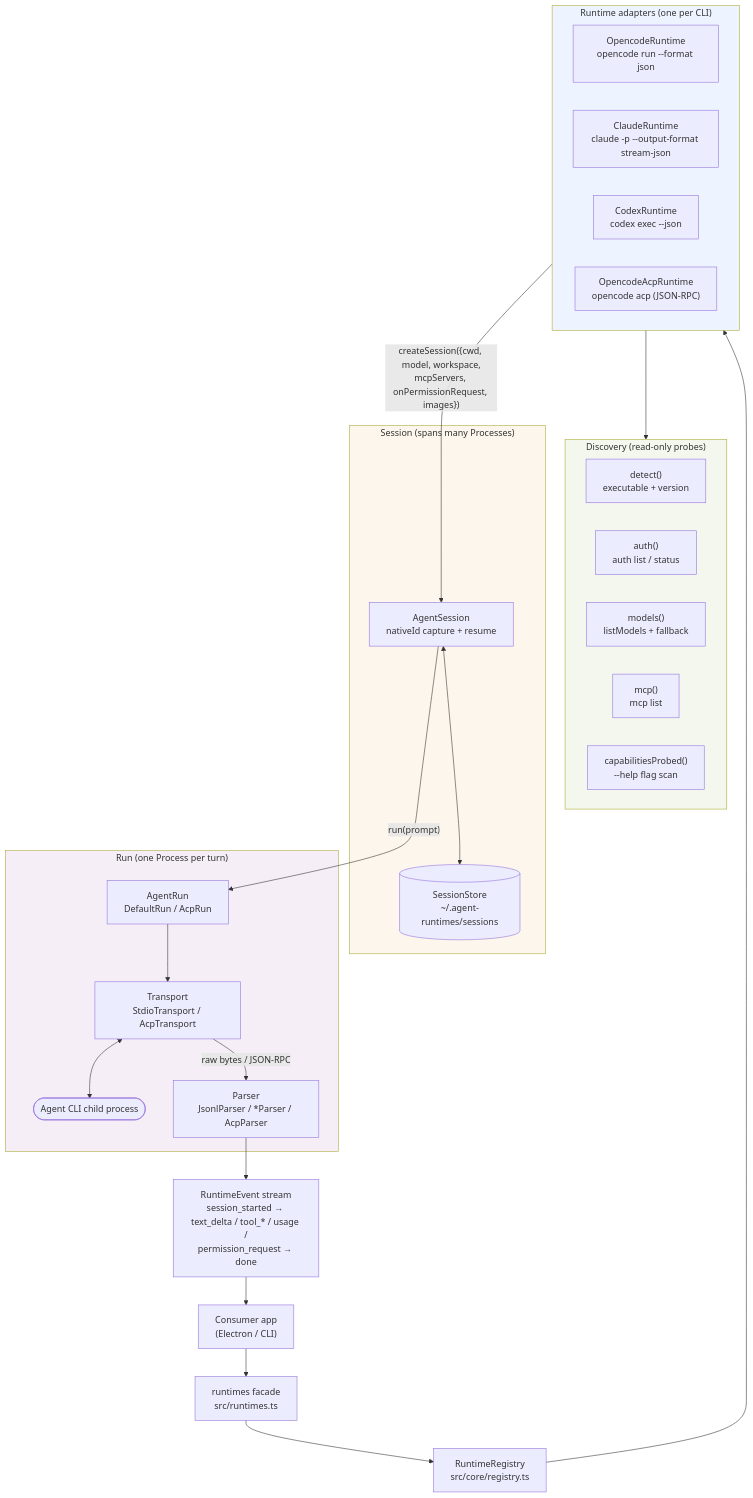
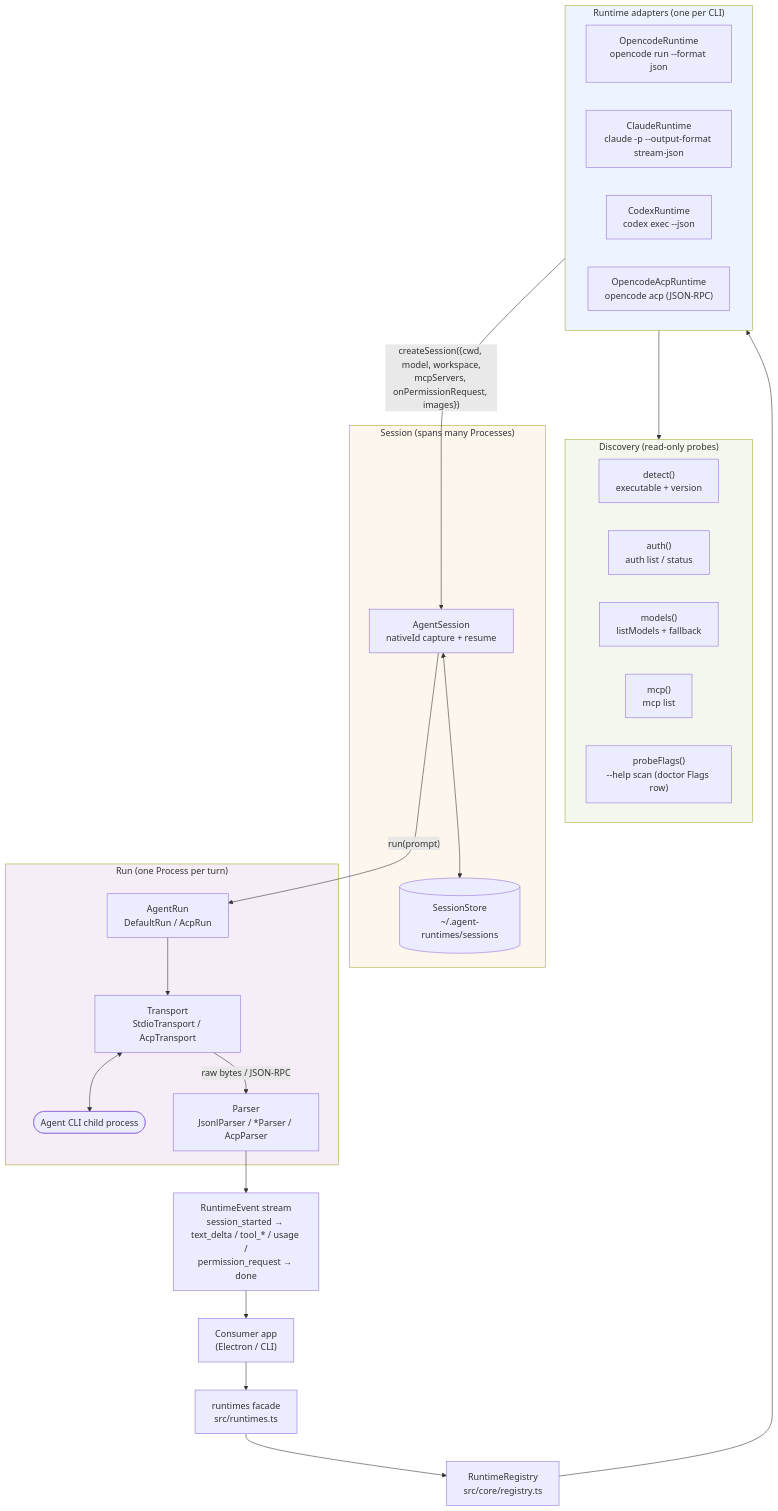
The diagram in docs/development.md (StratoSpheres-Labs/agent-runtimes), drawn with Mermaid before and after one commit. The commit also changed other lines of this file and 16 other files, not shown here.

````diff
--- a/docs/development.md
+++ b/docs/development.md
@@ -84,48 +85,48 @@
 ```mermaid
 flowchart TB
     App["Consumer app<br/>(Electron / CLI)"]
     Facade["runtimes facade<br/>src/runtimes.ts"]
     Registry["RuntimeRegistry<br/>src/core/registry.ts"]
 
     subgraph Runtimes["Runtime adapters (one per CLI)"]
         OC["OpencodeRuntime<br/>opencode run --format json"]
         CL["ClaudeRuntime<br/>claude -p --output-format stream-json"]
         CX["CodexRuntime<br/>codex exec --json"]
         ACP["OpencodeAcpRuntime<br/>opencode acp (JSON-RPC)"]
     end
 
     subgraph Discovery["Discovery (read-only probes)"]
         DET["detect()<br/>executable + version"]
         AUTH["auth()<br/>auth list / status"]
         MOD["models()<br/>listModels + fallback"]
         MCPD["mcp()<br/>mcp list"]
-        CAP["capabilitiesProbed()<br/>--help flag scan"]
+        CAP["probeFlags()<br/>--help scan (doctor Flags row)"]
     end
 
     subgraph SessionLayer["Session (spans many Processes)"]
         SES["AgentSession<br/>nativeId capture + resume"]
         STORE[("SessionStore<br/>~/.agent-runtimes/sessions")]
     end
 
     subgraph RunLayer["Run (one Process per turn)"]
         RUN["AgentRun<br/>DefaultRun / AcpRun"]
         TR["Transport<br/>StdioTransport / AcpTransport"]
         CLI(["Agent CLI child process"])
         PAR["Parser<br/>JsonlParser / *Parser / AcpParser"]
     end
 
     EV["RuntimeEvent stream<br/>session_started → text_delta / tool_* / usage /<br/>permission_request → done"]
 
     App --> Facade --> Registry --> Runtimes
     Runtimes --> Discovery
     Runtimes -->|"createSession({cwd, model, workspace,<br/>mcpServers, onPermissionRequest, images})"| SES
     SES <--> STORE
     SES -->|"run(prompt)"| RUN
     RUN --> TR <--> CLI
     TR -->|"raw bytes / JSON-RPC"| PAR --> EV --> App
 
     style Runtimes fill:#eef4ff
     style Discovery fill:#f4f7ee
     style SessionLayer fill:#fdf6ec
     style RunLayer fill:#f6eef7
 ```
````
